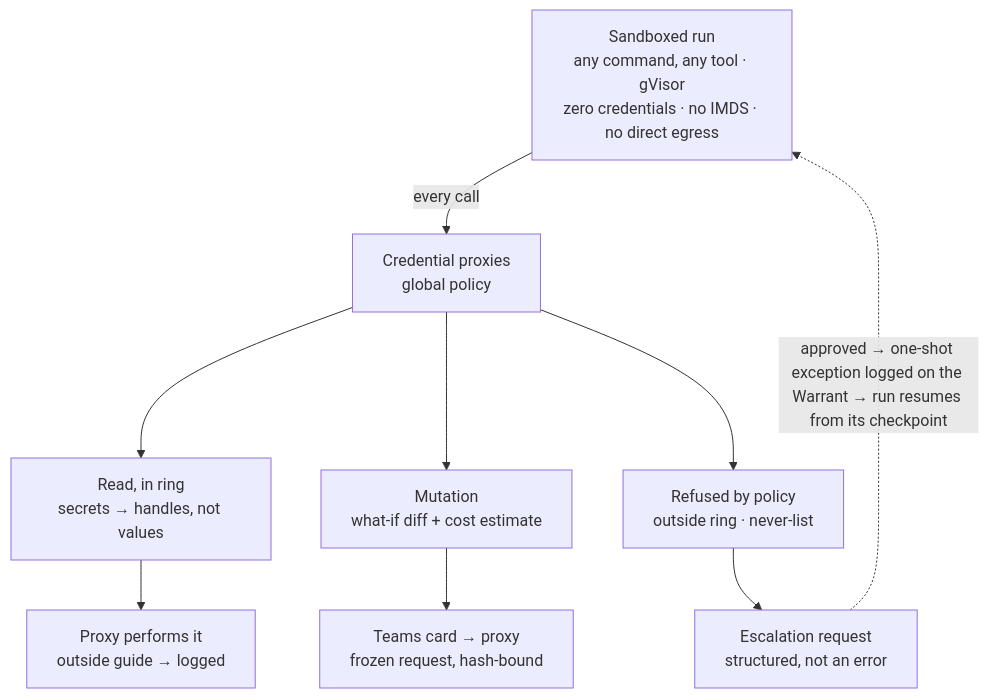
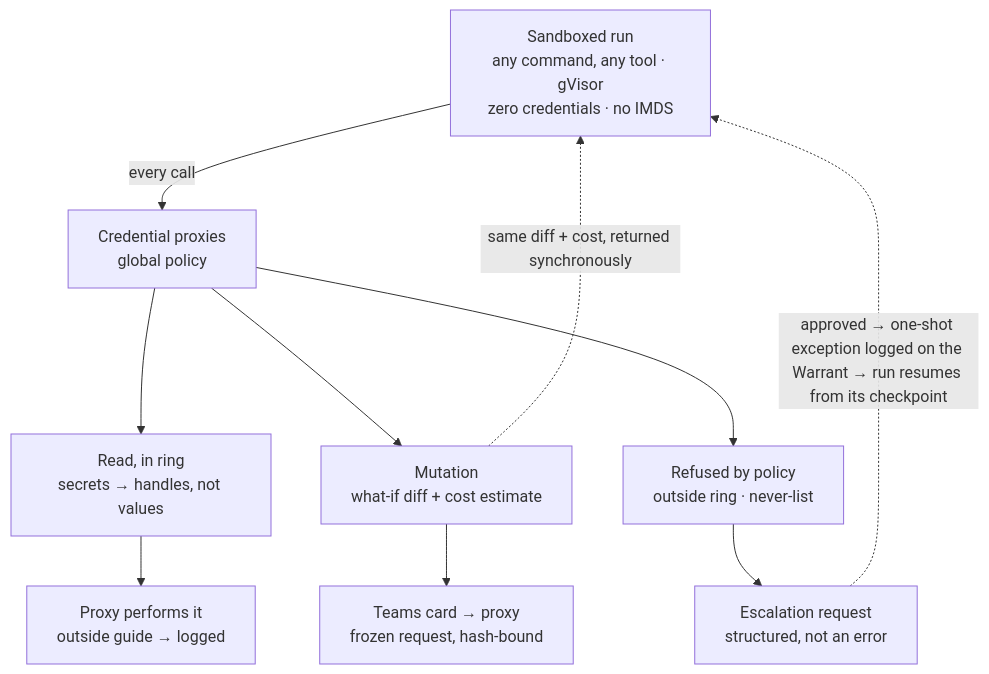
One commit to Belkata/ai-autonomous-agents changed the second of 3 diagrams in docs/design-note.md. Above: the diagram before and after it, drawn with Mermaid. The commit also changed other lines of this file and 1 other file, not shown here.

````diff
--- a/docs/design-note.md
+++ b/docs/design-note.md
@@ -244,20 +250,21 @@
 ```mermaid
 flowchart TB
-    S["Sandboxed run<br/>any command, any tool · gVisor<br/>zero credentials · no IMDS · no direct egress"]
+    S["Sandboxed run<br/>any command, any tool · gVisor<br/>zero credentials · no IMDS"]
     PX["Credential proxies<br/>global policy"]
     R["Read, in ring<br/>secrets → handles, not values"]
     M["Mutation<br/>what-if diff + cost estimate"]
     D["Refused by policy<br/>outside ring · never-list"]
     RP["Proxy performs it<br/>outside guide → logged"]
     MC["Teams card → proxy<br/>frozen request, hash-bound"]
     E["Escalation request<br/>structured, not an error"]
 
     S -->|"every call"| PX
     PX --> R
     PX --> M
     PX --> D
     R --> RP
     M --> MC
+    M -.->|"same diff + cost, returned synchronously"| S
     D --> E
     E -.->|"approved → one-shot exception logged on the Warrant → run resumes from its checkpoint"| S
 ```
````
